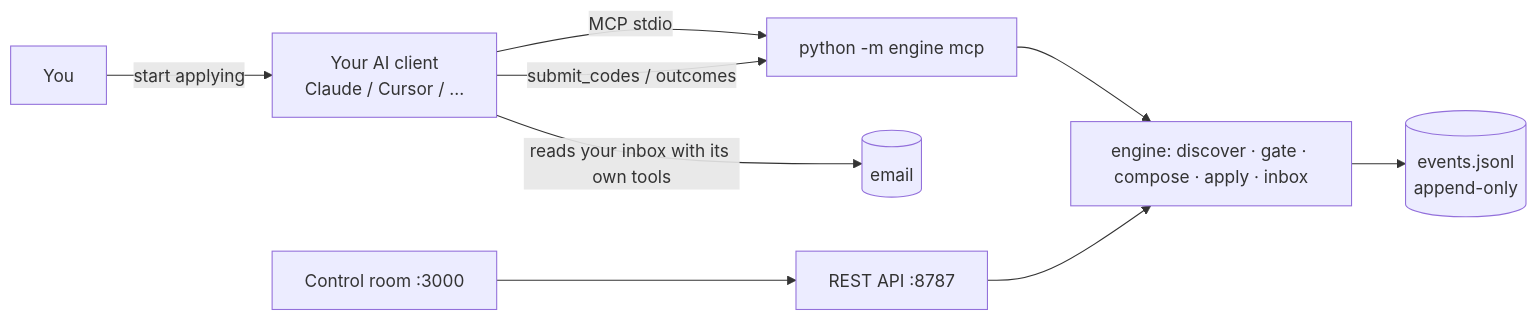
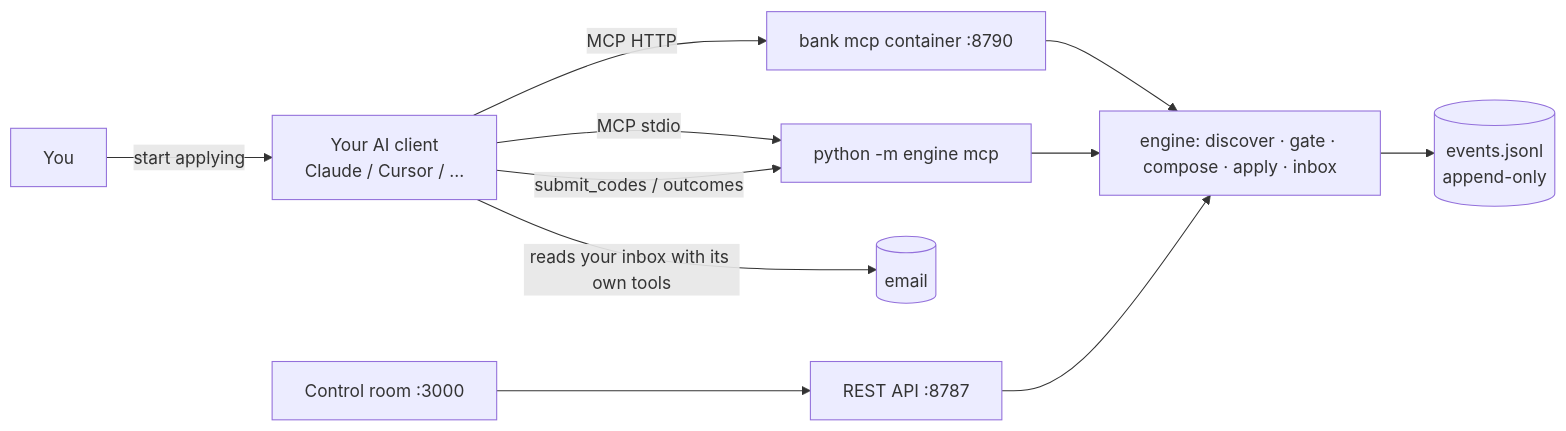
Before and after one commit to sameernagar-hub/regen-engine: the diagram in docs/wiki/Zero-Cost-and-MCP.md, drawn with Mermaid. The commit also changed other lines of this file and 187 other files, not shown here.

````diff
--- a/docs/wiki/Zero-Cost-and-MCP.md
+++ b/docs/wiki/Zero-Cost-and-MCP.md
@@ -7,10 +7,12 @@
 ```mermaid
 flowchart LR
     U[You] -- "start applying" --> AI[Your AI client<br/>Claude / Cursor / ...]
     AI -- MCP stdio --> MCP[python -m engine mcp]
+    AI -- MCP HTTP --> BANK[bank mcp container :8790]
+    BANK --> ENG
     MCP --> ENG[engine: discover · gate · compose · apply · inbox]
     ENG --> LOG[(events.jsonl<br/>append-only)]
     AI -- reads your inbox with its own tools --> MAIL[(email)]
     AI -- submit_codes / outcomes --> MCP
     WEB[Control room :3000] --> API[REST API :8787] --> ENG
 ```
````
